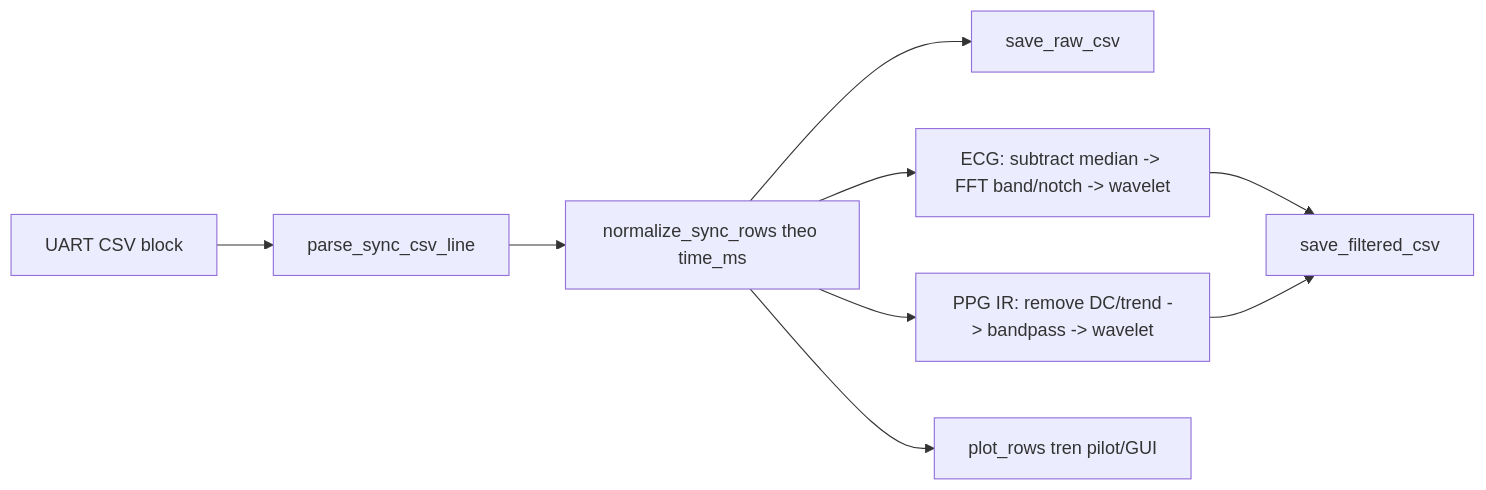
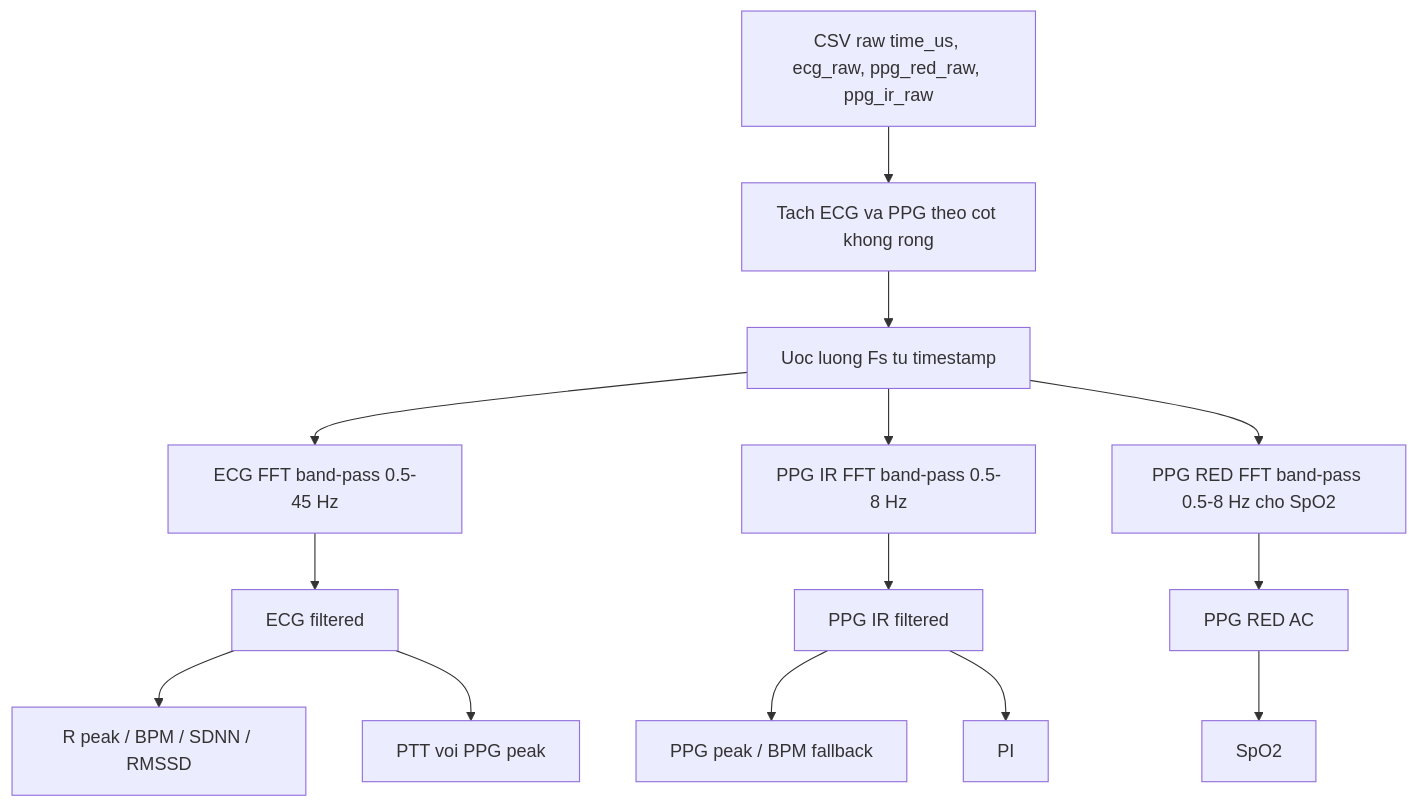
One commit to toanzz25/ECG_PPG_SYNC changed the third of 3 diagrams in README.md. Above: the diagram before and after it, drawn with Mermaid. The commit also changed other lines of this file and 50 other files, not shown here.

````diff
--- a/README.md
+++ b/README.md
@@ -67,11 +201,18 @@
 ```mermaid
-flowchart LR
-  UART[UART CSV block] --> PARSE[parse_sync_csv_line]
-  PARSE --> SORT[normalize_sync_rows theo time_ms]
-  SORT --> RAWCSV[save_raw_csv]
-  SORT --> ECGF[ECG: subtract median -> FFT band/notch -> wavelet]
-  SORT --> PPGF[PPG IR: remove DC/trend -> bandpass -> wavelet]
-  ECGF --> FILTCSV[save_filtered_csv]
-  PPGF --> FILTCSV
-  SORT --> PLOT[plot_rows tren pilot/GUI]
+flowchart TD
+    A[CSV raw time_us, ecg_raw, ppg_red_raw, ppg_ir_raw] --> B[Tach ECG va PPG theo cot khong rong]
+    B --> C[Uoc luong Fs tu timestamp]
+    C --> D1[ECG FFT band-pass 0.5-45 Hz]
+    C --> D2[PPG IR FFT band-pass 0.5-8 Hz]
+    C --> D3[PPG RED FFT band-pass 0.5-8 Hz cho SpO2]
+
+    D1 --> E1[ECG filtered]
+    D2 --> E2[PPG IR filtered]
+    D3 --> E3[PPG RED AC]
+
+    E1 --> R[R peak / BPM / SDNN / RMSSD]
+    E1 --> PTT[PTT voi PPG peak]
+    E2 --> PPGP[PPG peak / BPM fallback]
+    E2 --> PI[PI]
+    E3 --> SPO2[SpO2]
 ```
````
